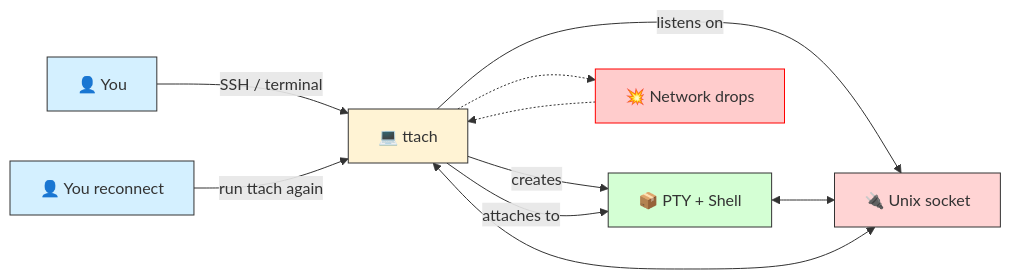
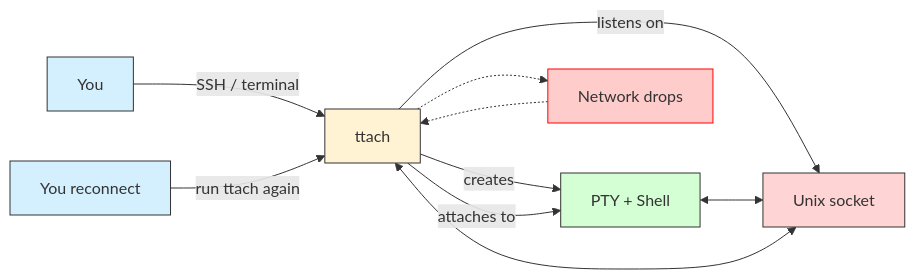
The first of 3 diagrams in README.md (tayyebi/ttach), drawn with Mermaid before and after one commit. The commit also changed other lines of this file, not shown here.

Commit message:
fix: remove broken unicode chars breaking mermaid render

````diff
--- a/README.md
+++ b/README.md
@@ -33,22 +33,26 @@
 ```mermaid
 flowchart LR
-    A[👤 You] -- SSH / terminal --> B[💻 ttach]
-    B -- creates --> C[📦 PTY + Shell]
-    B -- listens on --> D[🔌 Unix socket]
+    A[You]
+    B[ttach]
+    C[PTY + Shell]
+    D[Unix socket]
+    E[Network drops]
+    F[You reconnect]
+
+    A -- SSH / terminal --> B
+    B -- creates --> C
+    B -- listens on --> D
     C <--> D
     D <--> B
-
-    E[💥 Network drops]
     B -.-> E
     E -.-> B
-
-    F[👤 You reconnect]
     F -- run ttach again --> B
     B -- attaches to --> C
+
     style A fill:#d4f0ff,stroke:#333
     style B fill:#fff3d4,stroke:#333
     style C fill:#d4ffd4,stroke:#333
     style D fill:#ffd4d4,stroke:#333
     style E fill:#ffcccc,stroke:#f00
     style F fill:#d4f0ff,stroke:#333
 ```
````
